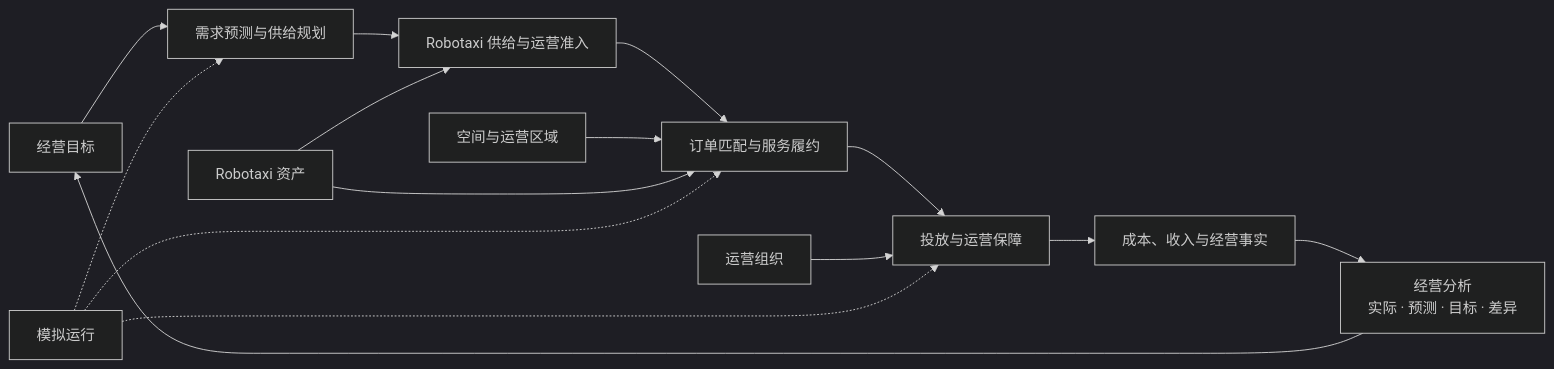
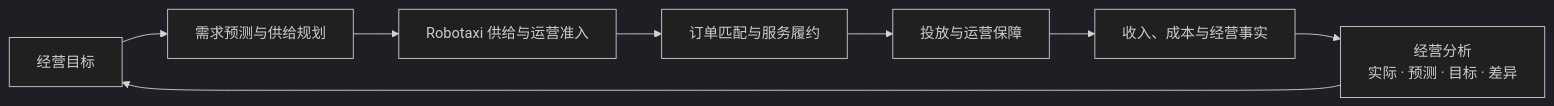
Before and after one commit to Chizheng4/robotaxi: the fourth of 4 diagrams in README.md, drawn with Mermaid (dark theme). The commit also changed other lines of this file and 13 other files, not shown here.

````diff
--- a/README.md
+++ b/README.md
@@ -243,17 +151,10 @@
 ```mermaid
 flowchart LR
   A["经营目标"] --> B["需求预测与供给规划"]
   B --> C["Robotaxi 供给与运营准入"]
   C --> D["订单匹配与服务履约"]
   D --> E["投放与运营保障"]
-  E --> F["成本、收入与经营事实"]
+  E --> F["收入、成本与经营事实"]
   F --> G["经营分析<br/>实际 · 预测 · 目标 · 差异"]
   G --> A
-  H["空间与运营区域"] --> D
-  I["Robotaxi 资产"] --> C
-  I --> D
-  J["运营组织"] --> E
-  K["模拟运行"] -.-> B
-  K -.-> D
-  K -.-> E
 ```
````
